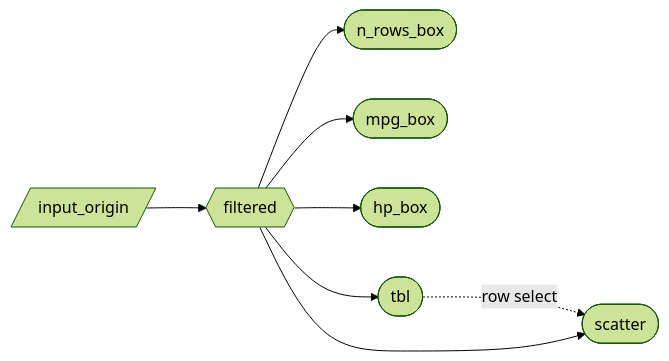
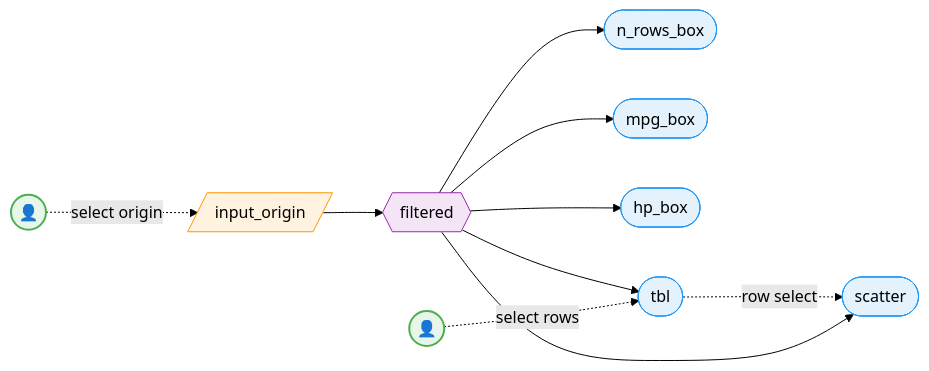
Before and after one commit to UBC-MDS/DSCI_532_vis-2_book: the first of 4 diagrams in slides/06b-styling.qmd, drawn with Mermaid (forest theme). The commit also changed other lines of this file and 1 other file, not shown here.

Commit message:
06b-styling mermaid updates added user, updated styles

````diff
--- a/slides/06b-styling.qmd
+++ b/slides/06b-styling.qmd
@@ -562,10 +555,22 @@
 ```{mermaid}
 flowchart LR
+  U((👤)) -.select origin.-> A
   A[/input_origin/] --> F{{filtered}}
   F --> NB([n_rows_box])
   F --> MB([mpg_box])
   F --> HB([hp_box])
   F --> T([tbl])
+  U2((👤)) -.select rows.-> T
   T -.row select.-> S([scatter])
   F --> S
+
+  style U fill:#E8F5E9,stroke:#4CAF50,stroke-width:2px
+  style U2 fill:#E8F5E9,stroke:#4CAF50,stroke-width:2px
+  style A fill:#FFF3E0,stroke:#FF9800
+  style F fill:#F3E5F5,stroke:#9C27B0
+  style NB fill:#E3F2FD,stroke:#2196F3
+  style MB fill:#E3F2FD,stroke:#2196F3
+  style HB fill:#E3F2FD,stroke:#2196F3
+  style T fill:#E3F2FD,stroke:#2196F3
+  style S fill:#E3F2FD,stroke:#2196F3
 ```
````
